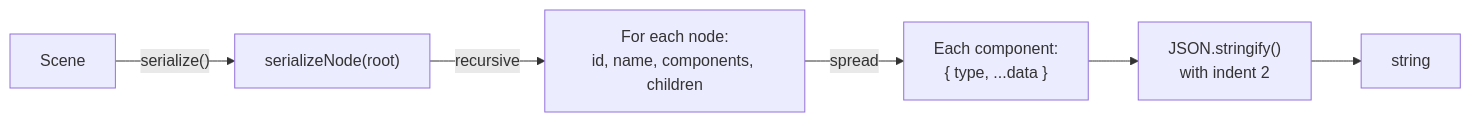
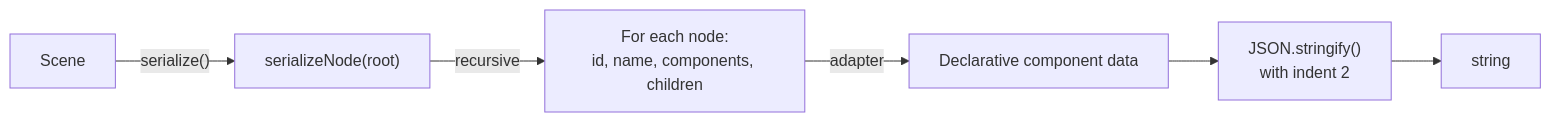
One commit to joshuacba08/oroya-animate changed the first of 3 diagrams in apps/web/src/content/docs-ja/serialization.md. Above: the diagram before and after it, drawn with Mermaid. The commit also changed other lines of this file and 271 other files, not shown here.

````diff
--- a/apps/web/src/content/docs-ja/serialization.md
+++ b/apps/web/src/content/docs-ja/serialization.md
@@ -46,8 +45,8 @@
 ```mermaid
 flowchart LR
     S["Scene"] -->|"serialize()"| SR["serializeNode(root)"]
     SR -->|"recursive"| SN["For each node:\nid, name, components, children"]
-    SN -->|"spread"| SC["Each component:\n{ type, ...data }"]
+    SN -->|"adapter"| SC["Declarative component data"]
     SC --> JSON["JSON.stringify()\nwith indent 2"]
     JSON --> STR["string"]
 ```
````
